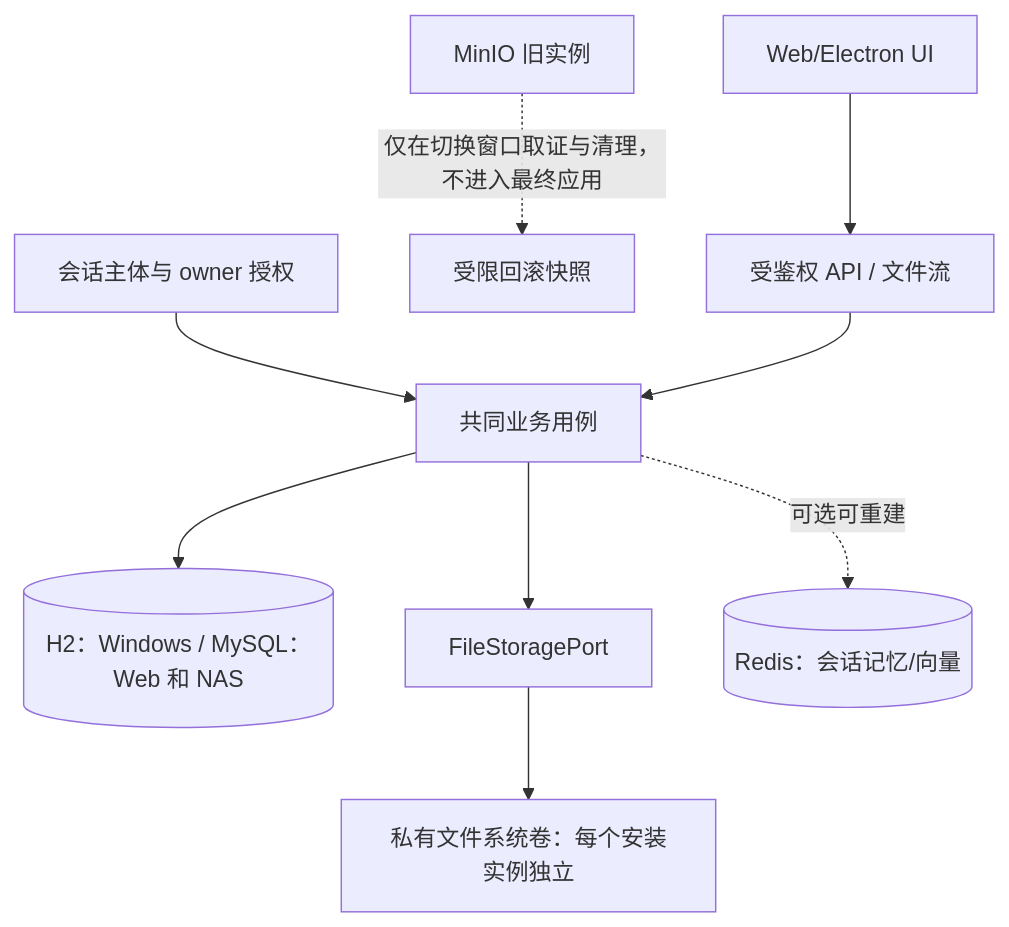
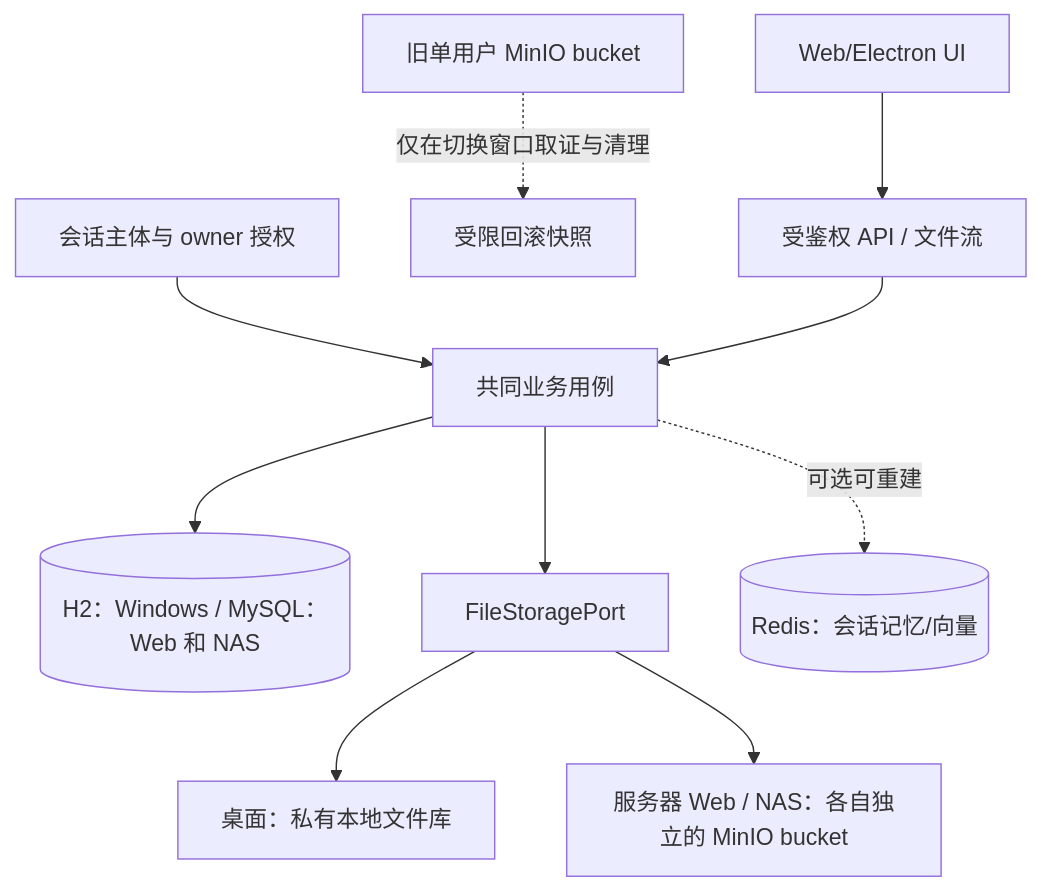
Before and after one commit to whiteCQian/Coffer: the fifth of 5 diagrams in docs/架构图与模块关系.md, drawn with Mermaid. The commit also changed other lines of this file and 319 other files, not shown here.

````diff
--- a/docs/架构图与模块关系.md
+++ b/docs/架构图与模块关系.md
@@ -136,11 +136,12 @@
 ```mermaid
 flowchart TB
   AUTH[会话主体与 owner 授权] --> APP[共同业务用例]
   APP --> META[(H2：Windows / MySQL：Web 和 NAS)]
   APP --> PORT[FileStoragePort]
-  PORT --> FS[私有文件系统卷：每个安装实例独立]
+  PORT --> FS[桌面：私有本地文件库]
+  PORT --> S3[服务器 Web / NAS：各自独立的 MinIO bucket]
   APP -. 可选可重建 .-> REDIS2[(Redis：会话记忆/向量)]
-  LEGACY[MinIO 旧实例] -. 仅在切换窗口取证与清理，不进入最终应用 .-> RETAIN[受限回滚快照]
+  LEGACY[旧单用户 MinIO bucket] -. 仅在切换窗口取证与清理 .-> RETAIN[受限回滚快照]
   UI[Web/Electron UI] --> API[受鉴权 API / 文件流]
   API --> APP
 ```
````
